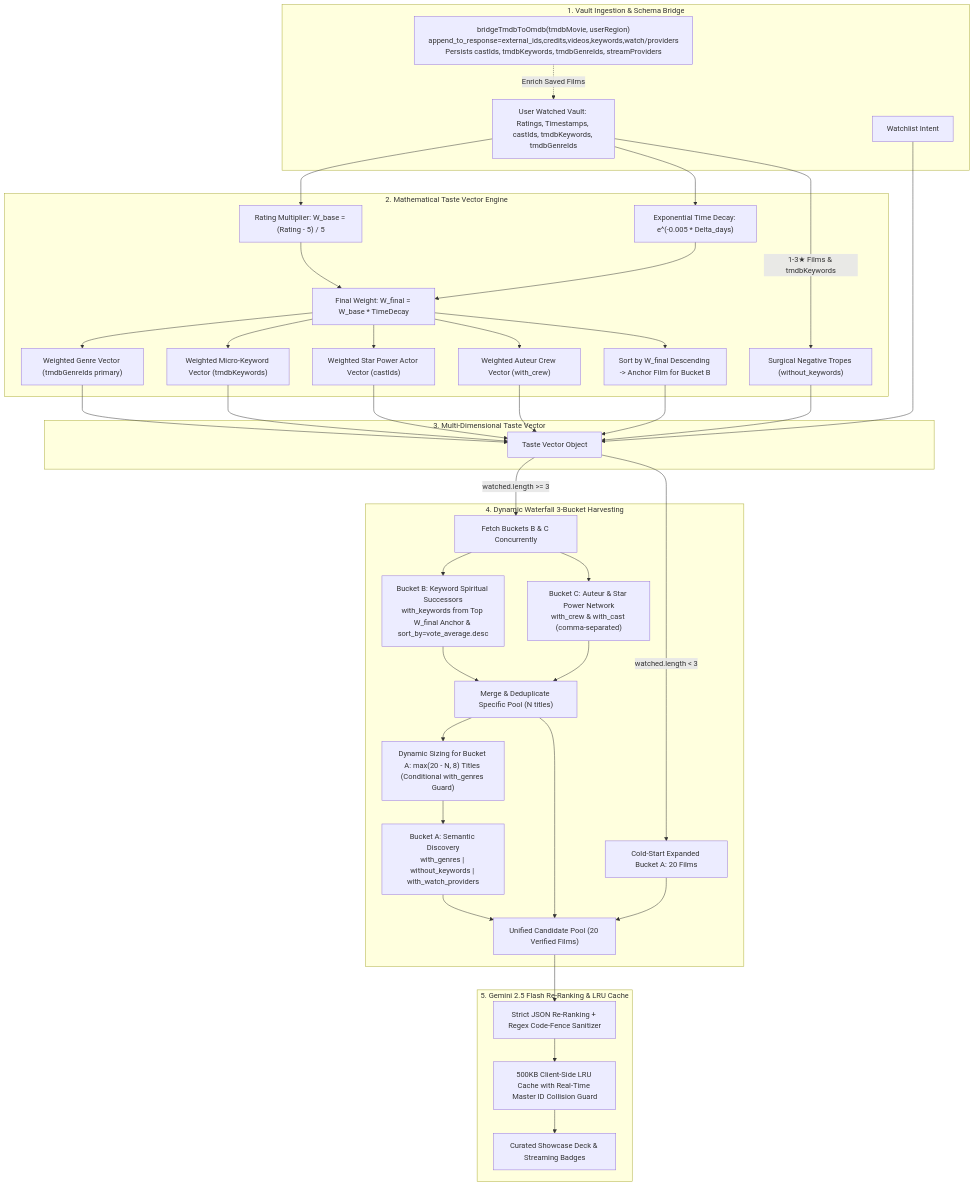
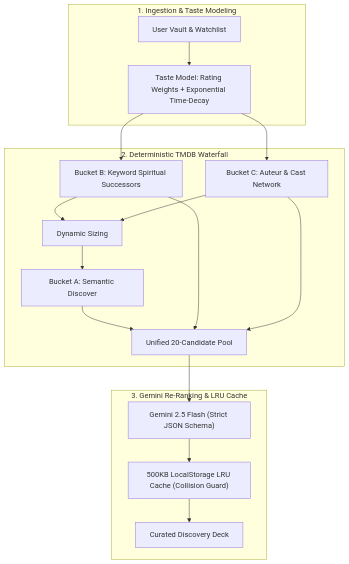
The diagram in README.md (khuzaima175/React-Movie-Original), drawn with Mermaid before and after one commit. The commit also changed other lines of this file and 1 other file, not shown here.

Commit message:
docs: add comprehensive technical architecture specification in ARCHITECTURE.md and clean concise README.md

````diff
--- a/README.md
+++ b/README.md
@@ -35,57 +44,19 @@
 ```mermaid
 flowchart TD
-    subgraph RawVault ["1. Vault Ingestion & Schema Bridge"]
-        V[User Watched Vault: Ratings, Timestamps, castIds, tmdbKeywords, tmdbGenreIds]
-        W[Watchlist Intent]
-        SB["bridgeTmdbToOmdb(tmdbMovie, userRegion)\nappend_to_response=external_ids,credits,videos,keywords,watch/providers\nPersists castIds, tmdbKeywords, tmdbGenreIds, streamProviders"] -.->|Enrich Saved Films| V
+    subgraph Ingestion ["1. Ingestion & Taste Modeling"]
+        V["User Vault & Watchlist"] --> TM["Taste Model: Rating Weights + Exponential Time-Decay"]
     end
 
-    subgraph MathEngine ["2. Mathematical Taste Vector Engine"]
-        V --> W_CALC["Rating Multiplier: W_base = (Rating - 5) / 5"]
-        V --> T_CALC["Exponential Time Decay: e^(-0.005 * Delta_days)"]
-        W_CALC --> FINAL_W["Final Weight: W_final = W_base * TimeDecay"]
-        T_CALC --> FINAL_W
-
-        FINAL_W --> ANCHOR["Sort by W_final Descending -> Anchor Film for Bucket B"]
-        FINAL_W --> GENRE_V["Weighted Genre Vector (tmdbGenreIds primary)"]
-        FINAL_W --> KEYWORD_V["Weighted Micro-Keyword Vector (tmdbKeywords)"]
-        FINAL_W --> CAST_V["Weighted Star Power Actor Vector (castIds)"]
-        FINAL_W --> CREW_V["Weighted Auteur Crew Vector (with_crew)"]
-        
-        V -->|1-3★ Films & tmdbKeywords| HATED_K["Surgical Negative Tropes (without_keywords)"]
+    subgraph Harvesting ["2. Deterministic TMDB Waterfall"]
+        TM --> B2["Bucket B: Keyword Spiritual Successors"]
+        TM --> B3["Bucket C: Auteur & Cast Network"]
+        B2 & B3 --> DYN["Dynamic Sizing"] --> B1["Bucket A: Semantic Discover"]
+        B1 & B2 & B3 --> CP["Unified 20-Candidate Pool"]
     end
 
-    subgraph UnifiedVector ["3. Multi-Dimensional Taste Vector"]
-        GENRE_V --> TV[Taste Vector Object]
-        KEYWORD_V --> TV
-        CAST_V --> TV
-        CREW_V --> TV
-        ANCHOR --> TV
-        HATED_K --> TV
-        W --> TV
-    end
-
-    subgraph WaterfallHarvesting ["4. Dynamic Waterfall 3-Bucket Harvesting"]
-        TV -->|watched.length < 3| CS[Cold-Start Expanded Bucket A: 20 Films]
-        
-        TV -->|watched.length >= 3| SPEC[Fetch Buckets B & C Concurrently]
-        SPEC --> B2["Bucket B: Keyword Spiritual Successors\nwith_keywords from Top W_final Anchor & sort_by=vote_average.desc"]
-        SPEC --> B3["Bucket C: Auteur & Star Power Network\nwith_crew & with_cast (comma-separated)"]
-        
-        B2 --> POOL_SPEC["Merge & Deduplicate Specific Pool (N titles)"]
-        B3 --> POOL_SPEC
-        
-        POOL_SPEC --> DYN["Dynamic Sizing for Bucket A: max(20 - N, 8) Titles (Conditional with_genres Guard)"]
-        DYN --> B1["Bucket A: Semantic Discovery\nwith_genres | without_keywords | with_watch_providers"]
-        
-        B1 --> CP["Unified Candidate Pool (20 Verified Films)"]
-        POOL_SPEC --> CP
-        CS --> CP
-    end
-
-    subgraph LLMAndCache ["5. Gemini 2.5 Flash Re-Ranking & LRU Cache"]
-        CP --> GEM[Strict JSON Re-Ranking + Regex Code-Fence Sanitizer]
-        GEM --> LRU[500KB Client-Side LRU Cache with Real-Time Master ID Collision Guard]
-        LRU --> UI[Curated Showcase Deck & Streaming Badges]
+    subgraph ReRanking ["3. Gemini Re-Ranking & LRU Cache"]
+        CP --> GEM["Gemini 2.5 Flash (Strict JSON Schema)"]
+        GEM --> CACHE["500KB LocalStorage LRU Cache (Collision Guard)"]
+        CACHE --> UI["Curated Discovery Deck"]
     end
 ```
````
